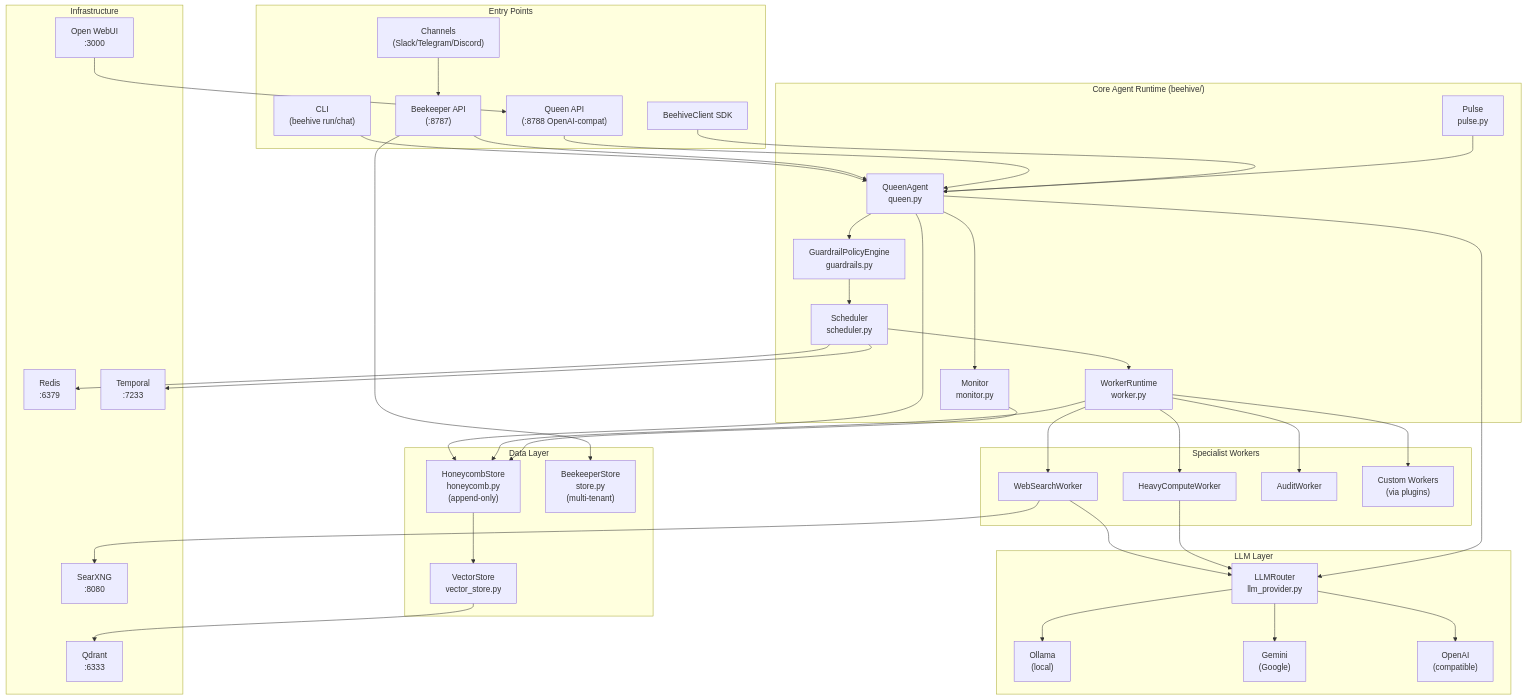
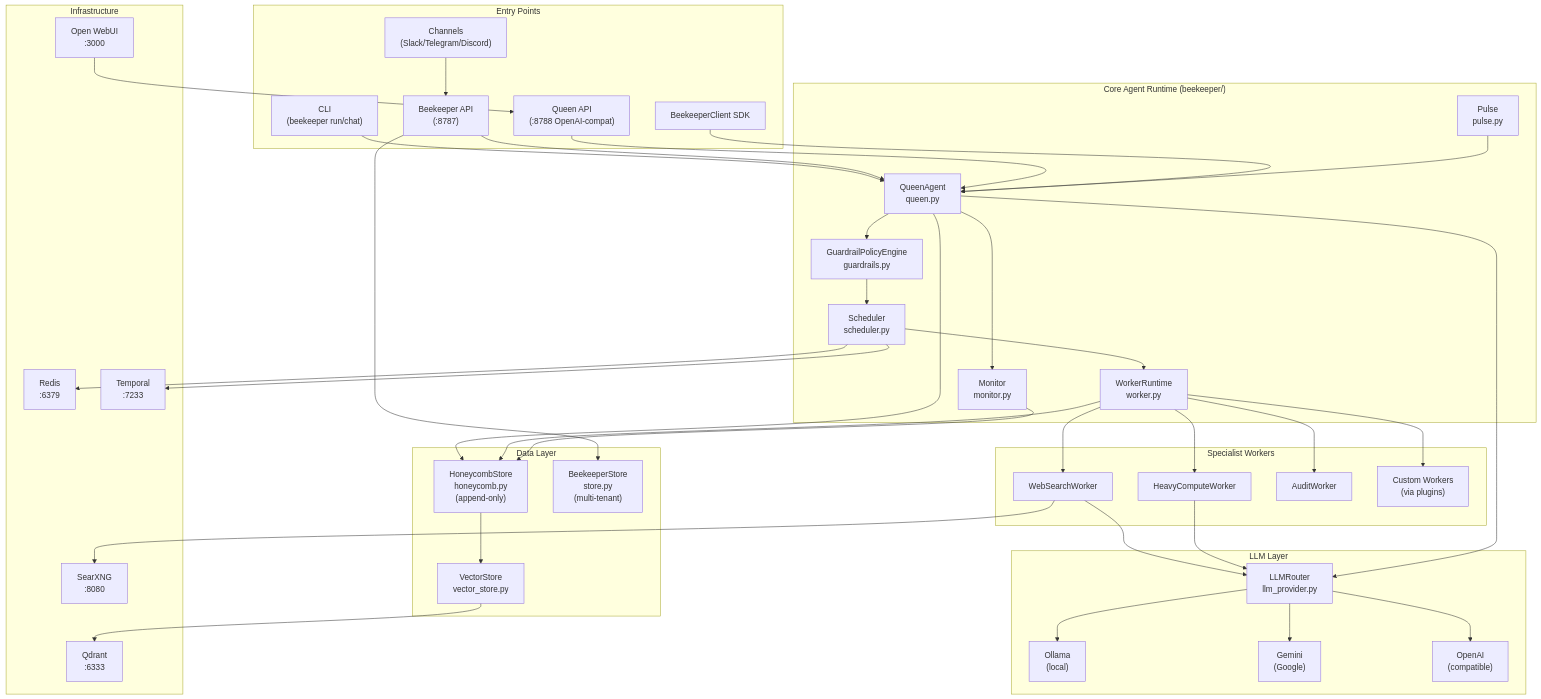
Before and after one commit to Anmolnoor/beekeeper: the first of 6 diagrams in architecture/02_system_diagram.md, drawn with Mermaid. The commit also changed other lines of this file and 97 other files, not shown here.

First line of the commit message:
Rename beehive→beekeeper and fix Queen LLM routing

````diff
--- a/architecture/02_system_diagram.md
+++ b/architecture/02_system_diagram.md
@@ -5,82 +5,82 @@
 ```mermaid
 graph TB
     subgraph "Entry Points"
-        CLI["CLI\n(beehive run/chat)"]
+        CLI["CLI\n(beekeeper run/chat)"]
         BKAPI["Beekeeper API\n(:8787)"]
         QAPI["Queen API\n(:8788 OpenAI-compat)"]
-        SDK["BeehiveClient SDK"]
+        SDK["BeekeeperClient SDK"]
         CHANNELS["Channels\n(Slack/Telegram/Discord)"]
     end
 
-    subgraph "Core Agent Runtime (beehive/)"
+    subgraph "Core Agent Runtime (beekeeper/)"
         QUEEN["QueenAgent\nqueen.py"]
         GUARD["GuardrailPolicyEngine\nguardrails.py"]
         SCHED["Scheduler\nscheduler.py"]
         WR["WorkerRuntime\nworker.py"]
         MONITOR["Monitor\nmonitor.py"]
         PULSE["Pulse\npulse.py"]
     end
 
     subgraph "Specialist Workers"
         WSW["WebSearchWorker"]
         HCW["HeavyComputeWorker"]
         AW["AuditWorker"]
         CW["Custom Workers\n(via plugins)"]
     end
 
     subgraph "LLM Layer"
         LLMR["LLMRouter\nllm_provider.py"]
         OLLAMA["Ollama\n(local)"]
         GEMINI["Gemini\n(Google)"]
         OPENAI["OpenAI\n(compatible)"]
     end
 
     subgraph "Data Layer"
         HC["HoneycombStore\nhoneycomb.py\n(append-only)"]
         BK["BeekeeperStore\nstore.py\n(multi-tenant)"]
         VS["VectorStore\nvector_store.py"]
     end
 
     subgraph "Infrastructure"
         REDIS["Redis\n:6379"]
         TEMPORAL["Temporal\n:7233"]
         QDRANT["Qdrant\n:6333"]
         SEARXNG["SearXNG\n:8080"]
         OWU["Open WebUI\n:3000"]
     end
 
     CLI --> QUEEN
     BKAPI --> QUEEN
     QAPI --> QUEEN
     SDK --> QUEEN
     CHANNELS --> BKAPI
 
     QUEEN --> GUARD
     GUARD --> SCHED
     SCHED --> WR
     WR --> WSW
     WR --> HCW
     WR --> AW
     WR --> CW
     QUEEN --> MONITOR
     PULSE --> QUEEN
 
     WSW --> LLMR
     HCW --> LLMR
     QUEEN --> LLMR
     LLMR --> OLLAMA
     LLMR --> GEMINI
     LLMR --> OPENAI
 
     QUEEN --> HC
     WR --> HC
     MONITOR --> HC
     HC --> VS
     BKAPI --> BK
 
     SCHED --> REDIS
     SCHED --> TEMPORAL
     VS --> QDRANT
     WSW --> SEARXNG
     OWU --> QAPI
 ```
````
